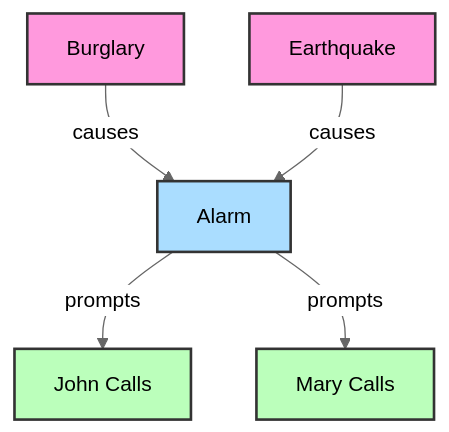
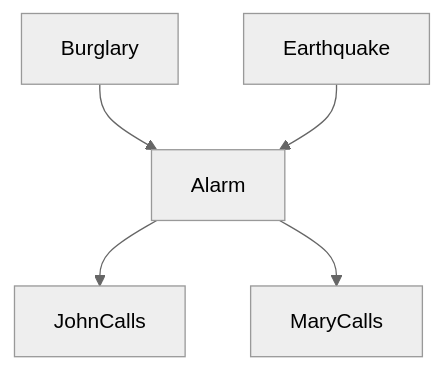
Before and after one commit to Chaklader/part-of-speech-tagging: the fourth of 4 diagrams in C_4_OLD.md, drawn with Mermaid (neutral theme). The commit also changed other lines of this file and 11 other files, not shown here.

````diff
--- a/C_4_OLD.md
+++ b/C_4_OLD.md
@@ -1366,13 +626,7 @@
 ```mermaid
 graph TD
-    B[Burglary] -->|"causes"| A[Alarm]
-    E[Earthquake] -->|"causes"| A
-    A -->|"prompts"| J[John Calls]
-    A -->|"prompts"| M[Mary Calls]
-
-    style B fill:#f9d,stroke:#333,stroke-width:2px
-    style E fill:#f9d,stroke:#333,stroke-width:2px
-    style A fill:#adf,stroke:#333,stroke-width:2px
-    style J fill:#bfb,stroke:#333,stroke-width:2px
-    style M fill:#bfb,stroke:#333,stroke-width:2px
+    B[Burglary] --> A[Alarm]
+    E[Earthquake] --> A
+    A --> J[JohnCalls]
+    A --> M[MaryCalls]
 ```
````
